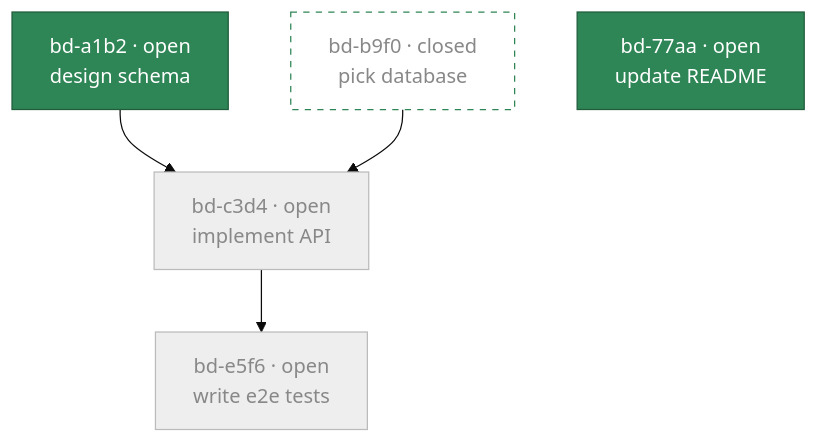
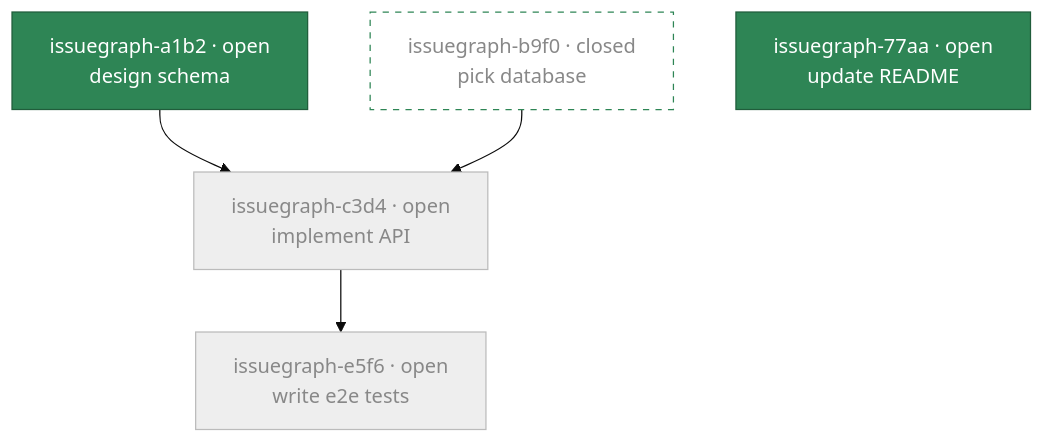
Before and after one commit to borg0ai/dx-issuegraph: the second of 4 diagrams in docs/core-concepts/index.md, drawn with Mermaid (base theme). The commit also changed other lines of this file and 3234 other files, not shown here.

````diff
--- a/docs/core-concepts/index.md
+++ b/docs/core-concepts/index.md
@@ -56,14 +56,14 @@
 ```mermaid
 flowchart TD
-    A["bd-a1b2 · open<br/>design schema"] --> C["bd-c3d4 · open<br/>implement API"]
-    B["bd-b9f0 · closed<br/>pick database"] --> C
-    C --> D["bd-e5f6 · open<br/>write e2e tests"]
-    E["bd-77aa · open<br/>update README"]
+    A["issuegraph-a1b2 · open<br/>design schema"] --> C["issuegraph-c3d4 · open<br/>implement API"]
+    B["issuegraph-b9f0 · closed<br/>pick database"] --> C
+    C --> D["issuegraph-e5f6 · open<br/>write e2e tests"]
+    E["issuegraph-77aa · open<br/>update README"]
 
     classDef ready fill:#2e8555,color:#fff,stroke:#205d3b
     classDef blocked fill:#eee,color:#888,stroke:#bbb
     classDef done fill:#fff,color:#888,stroke:#2e8555,stroke-dasharray: 5 5
     class A,E ready
     class C,D blocked
     class B done
 ```
````
